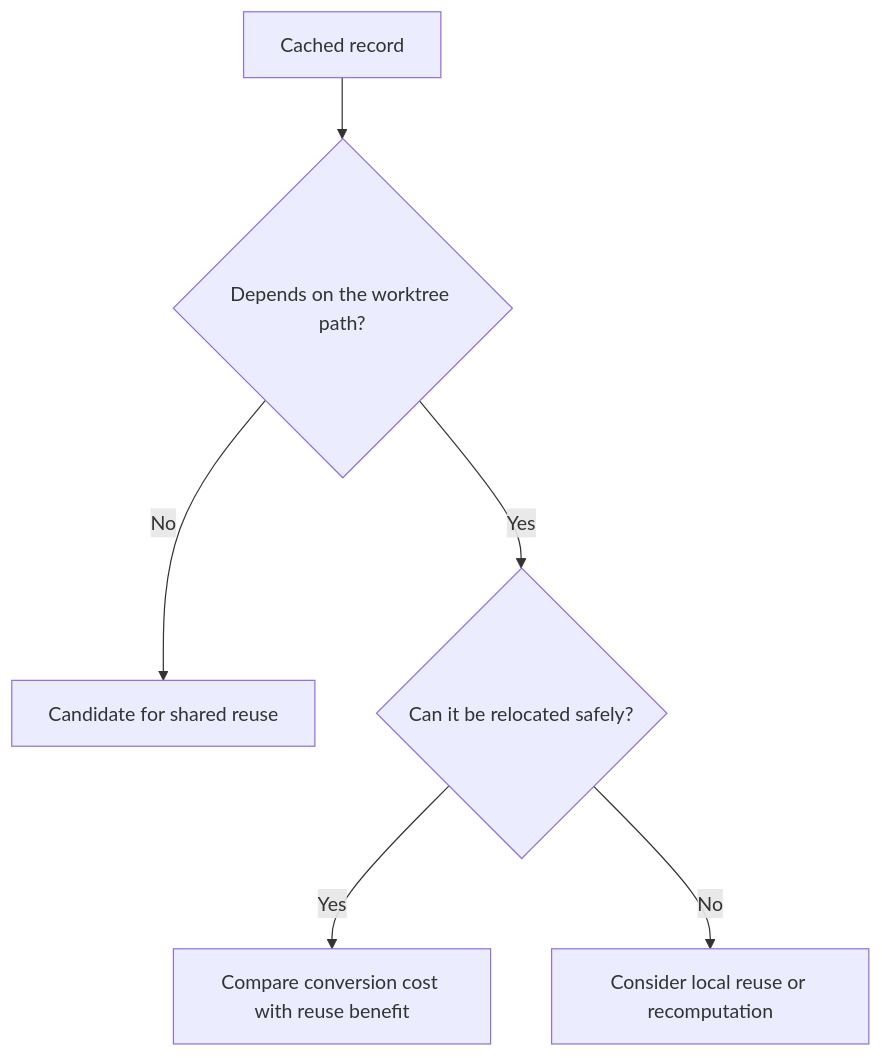
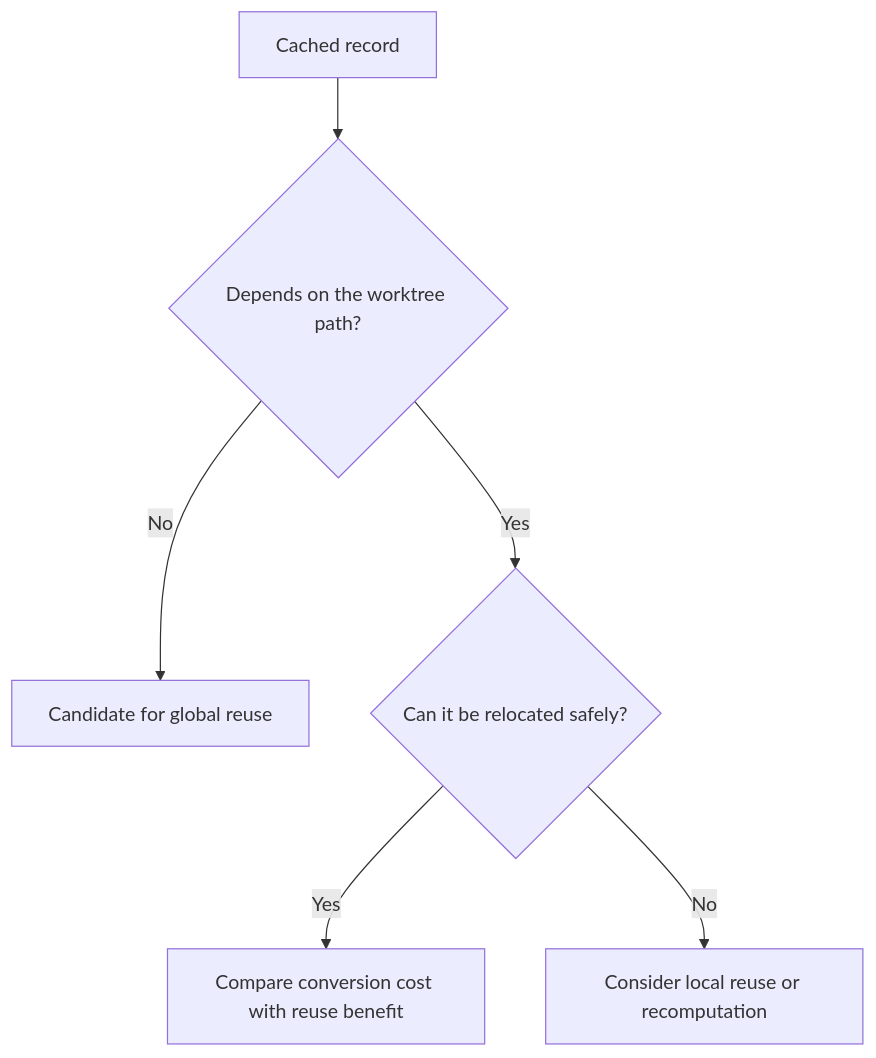
One commit to h-a-n-a/cache changed the second of 2 diagrams in scratchpad.md. Above: the diagram before and after it, drawn with Mermaid. The commit also changed other lines of this file and 3 other files, not shown here.

````diff
--- a/scratchpad.md
+++ b/scratchpad.md
@@ -66,8 +66,8 @@
 ```mermaid
 flowchart TD
     R[Cached record] --> P{Depends on the worktree path?}
-    P -->|No| G[Candidate for shared reuse]
+    P -->|No| G[Candidate for global reuse]
     P -->|Yes| S{Can it be relocated safely?}
     S -->|Yes| C[Compare conversion cost with reuse benefit]
     S -->|No| L[Consider local reuse or recomputation]
 ```
````
